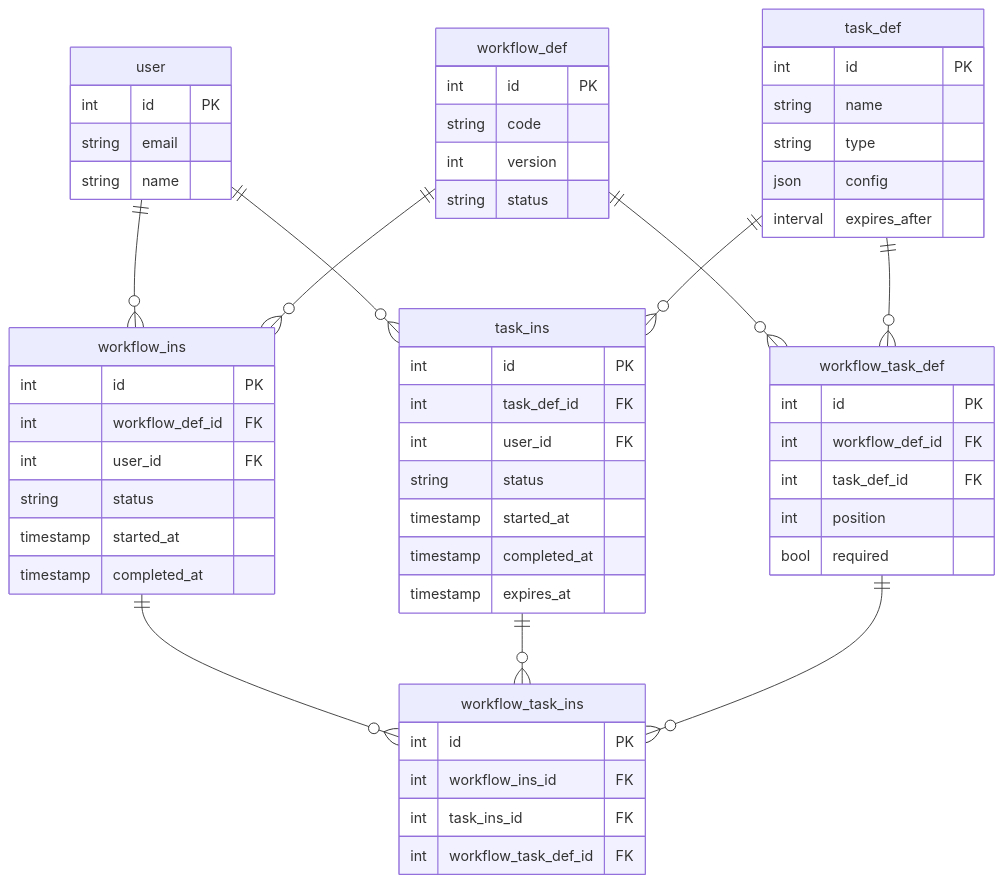
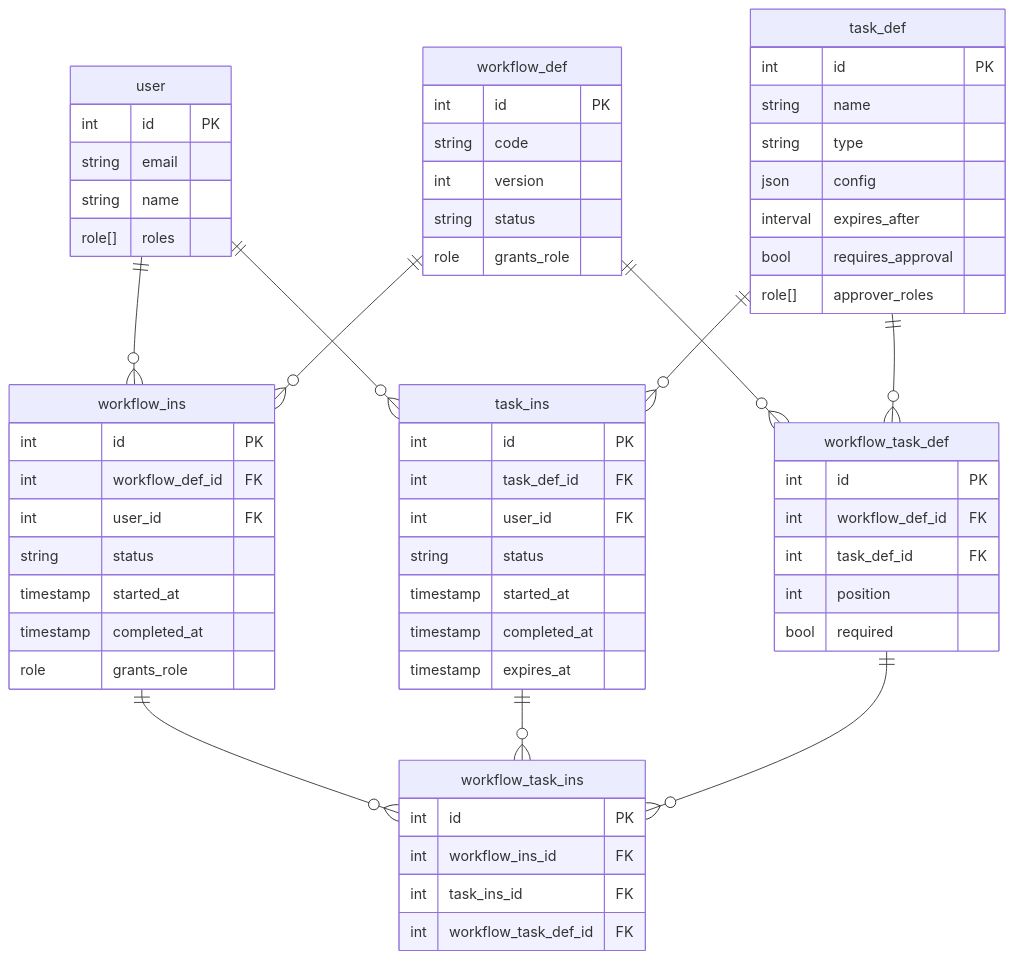
One commit to artemtek/att changed the diagram in summary.md. Above: the diagram before and after it, drawn with Mermaid. The commit also changed other lines of this file and 9 other files, not shown here.

````diff
--- a/summary.md
+++ b/summary.md
@@ -163,70 +168,75 @@
 ```mermaid
 erDiagram
     user ||--o{ workflow_ins : ""
     user ||--o{ task_ins : ""
 
     workflow_def ||--o{ workflow_task_def : ""
     task_def ||--o{ workflow_task_def : ""
 
     workflow_def ||--o{ workflow_ins : ""
     task_def ||--o{ task_ins : ""
 
     workflow_ins ||--o{ workflow_task_ins : ""
     task_ins ||--o{ workflow_task_ins : ""
     workflow_task_def ||--o{ workflow_task_ins : ""
 
     user {
         int id PK
         string email
         string name
+        role[] roles
     }
 
     task_def {
         int id PK
         string name
         string type
         json config
         interval expires_after
+        bool requires_approval
+        role[] approver_roles
     }
 
     workflow_def {
         int id PK
         string code
         int version
         string status
+        role grants_role
     }
 
     workflow_task_def {
         int id PK
         int workflow_def_id FK
         int task_def_id FK
         int position
         bool required
     }
 
     workflow_ins {
         int id PK
         int workflow_def_id FK
         int user_id FK
         string status
         timestamp started_at
         timestamp completed_at
+        role grants_role
     }
 
     task_ins {
         int id PK
         int task_def_id FK
         int user_id FK
         string status
         timestamp started_at
         timestamp completed_at
         timestamp expires_at
     }
 
     workflow_task_ins {
         int id PK
         int workflow_ins_id FK
         int task_ins_id FK
         int workflow_task_def_id FK
     }
 ```
````
